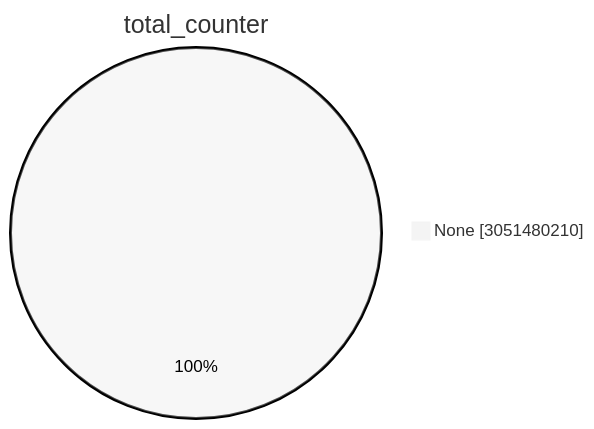
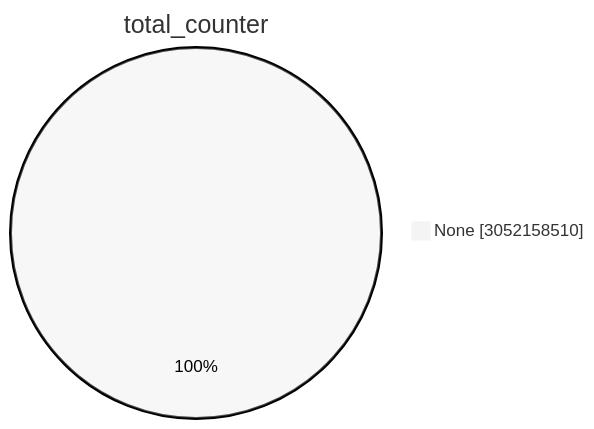
Before and after one commit to christiankrug/ctmonitor_visualization: the first of 15 diagrams in TOTAL/README.md, drawn with Mermaid (neutral theme). The commit also changed other lines of this file, not shown here.

````diff
--- a/TOTAL/README.md
+++ b/TOTAL/README.md
@@ -1,5 +1,5 @@
 ```mermaid
 pie showData
 title total_counter
-"None" :3051480210
+"None" :3052158510
 ```
````
